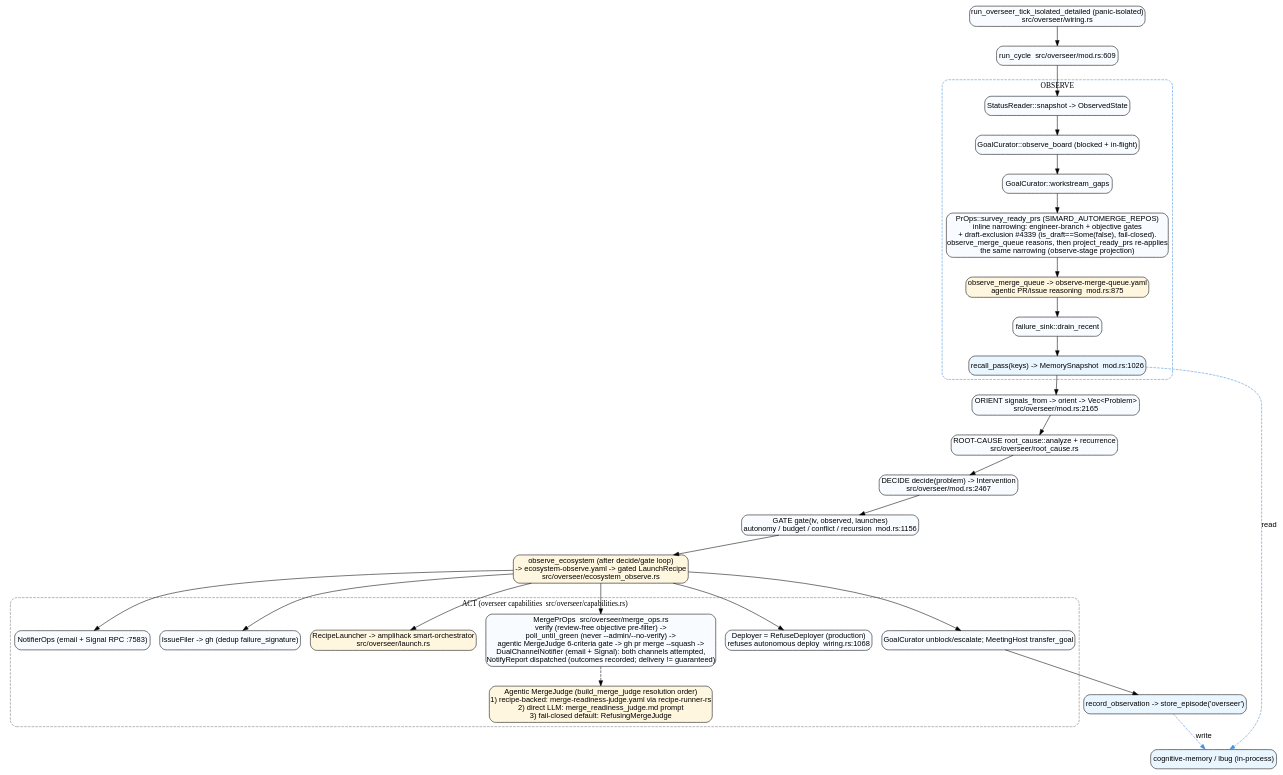
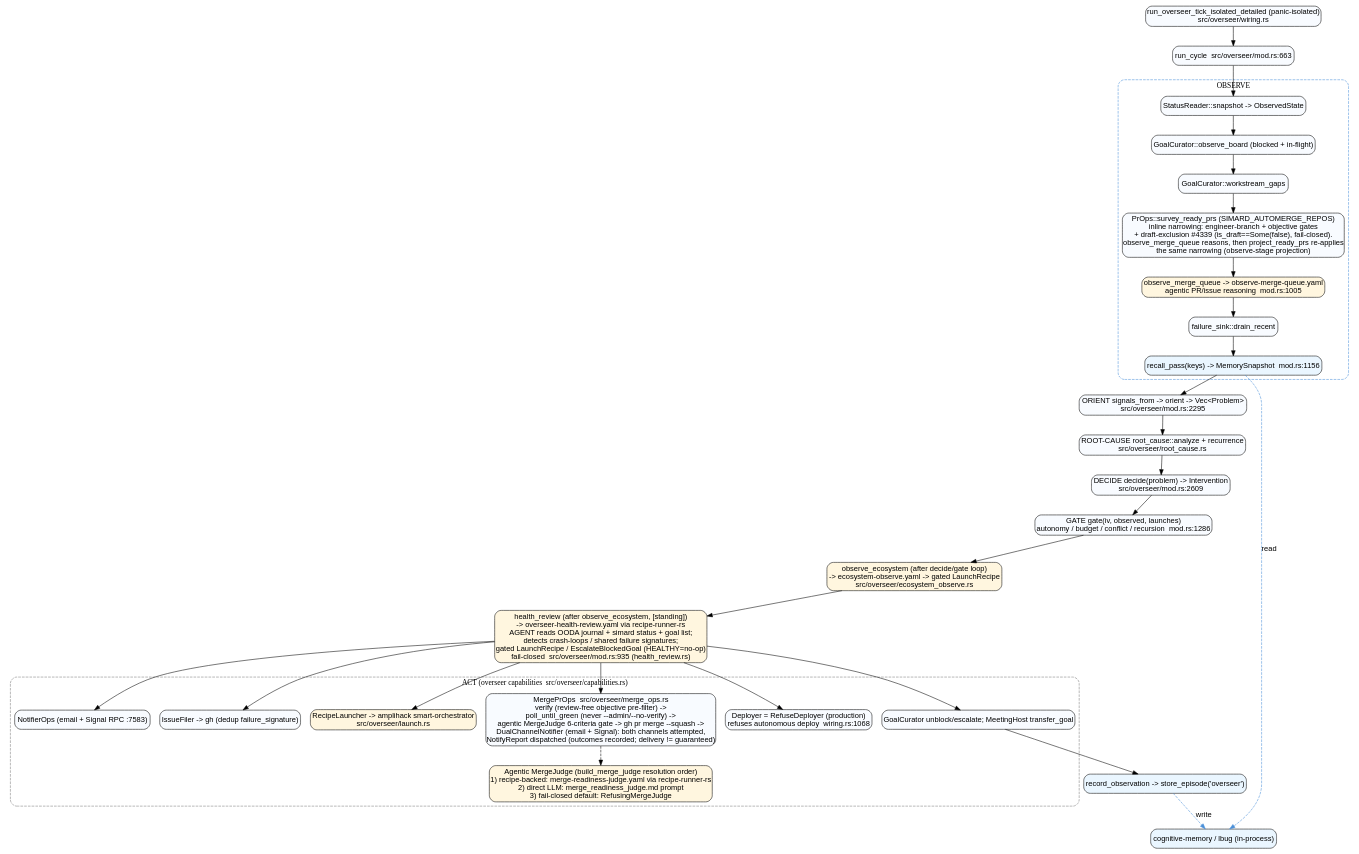
Before and after one commit to rysweet/Simard: the diagram in docs/atlas/agentic-flows/agentic-overseer-tick.dot, drawn with Graphviz. The commit also changed 10 other files, not shown here.

```diff
--- a/docs/atlas/agentic-flows/agentic-overseer-tick.dot
+++ b/docs/atlas/agentic-flows/agentic-overseer-tick.dot
@@ -1,45 +1,46 @@
 digraph AgenticOverseerTick {
   rankdir=TB;
   node [shape=box, style="rounded,filled", fillcolor="#f8fbff", fontname="Arial"];
   edge [fontname="Arial"];
 
   tick  [label="run_overseer_tick_isolated_detailed (panic-isolated)\nsrc/overseer/wiring.rs"];
-  cycle [label="run_cycle  src/overseer/mod.rs:609"];
+  cycle [label="run_cycle  src/overseer/mod.rs:663"];
 
   subgraph cluster_observe {
     label="OBSERVE"; style="rounded,dashed"; color="#4a90d9";
     snap  [label="StatusReader::snapshot -> ObservedState"];
     board [label="GoalCurator::observe_board (blocked + in-flight)"];
     gaps  [label="GoalCurator::workstream_gaps"];
     prs   [label="PrOps::survey_ready_prs (SIMARD_AUTOMERGE_REPOS)\ninline narrowing: engineer-branch + objective gates\n+ draft-exclusion #4339 (is_draft==Some(false), fail-closed).\nobserve_merge_queue reasons, then project_ready_prs re-applies\nthe same narrowing (observe-stage projection)"];
-    mq    [label="observe_merge_queue -> observe-merge-queue.yaml\nagentic PR/issue reasoning  mod.rs:875", fillcolor="#fff6df"];
+    mq    [label="observe_merge_queue -> observe-merge-queue.yaml\nagentic PR/issue reasoning  mod.rs:1005", fillcolor="#fff6df"];
     fails [label="failure_sink::drain_recent"];
-    recall[label="recall_pass(keys) -> MemorySnapshot  mod.rs:1026", fillcolor="#eaf6ff"];
+    recall[label="recall_pass(keys) -> MemorySnapshot  mod.rs:1156", fillcolor="#eaf6ff"];
   }
-  orient[label="ORIENT signals_from -> orient -> Vec<Problem>\nsrc/overseer/mod.rs:2165"];
+  orient[label="ORIENT signals_from -> orient -> Vec<Problem>\nsrc/overseer/mod.rs:2295"];
   why   [label="ROOT-CAUSE root_cause::analyze + recurrence\nsrc/overseer/root_cause.rs"];
-  decide[label="DECIDE decide(problem) -> Intervention\nsrc/overseer/mod.rs:2467"];
-  gate  [label="GATE gate(iv, observed, launches)\nautonomy / budget / conflict / recursion  mod.rs:1156"];
+  decide[label="DECIDE decide(problem) -> Intervention\nsrc/overseer/mod.rs:2609"];
+  gate  [label="GATE gate(iv, observed, launches)\nautonomy / budget / conflict / recursion  mod.rs:1286"];
   eco   [label="observe_ecosystem (after decide/gate loop)\n-> ecosystem-observe.yaml -> gated LaunchRecipe\nsrc/overseer/ecosystem_observe.rs", fillcolor="#fff6df"];
+  health[label="health_review (after observe_ecosystem, [standing])\n-> overseer-health-review.yaml via recipe-runner-rs\nAGENT reads OODA journal + simard status + goal list;\ndetects crash-loops / shared failure signatures;\ngated LaunchRecipe / EscalateBlockedGoal (HEALTHY=no-op)\nfail-closed  src/overseer/mod.rs:935 (health_review.rs)", fillcolor="#fff6df"];
 
   subgraph cluster_act {
     label="ACT (overseer capabilities  src/overseer/capabilities.rs)"; style="rounded,dashed"; color="#7a7a7a";
     notify [label="NotifierOps (email + Signal RPC :7583)"];
     issue  [label="IssueFiler -> gh (dedup failure_signature)"];
     launch [label="RecipeLauncher -> amplihack smart-orchestrator\nsrc/overseer/launch.rs", fillcolor="#fff6df"];
     merge  [label="MergePrOps  src/overseer/merge_ops.rs\nverify (review-free objective pre-filter) ->\npoll_until_green (never --admin/--no-verify) ->\nagentic MergeJudge 6-criteria gate -> gh pr merge --squash ->\nDualChannelNotifier (email + Signal): both channels attempted,\nNotifyReport dispatched (outcomes recorded; delivery != guaranteed)"];
     mjudge [label="Agentic MergeJudge (build_merge_judge resolution order)\n1) recipe-backed: merge-readiness-judge.yaml via recipe-runner-rs\n2) direct LLM: merge_readiness_judge.md prompt\n3) fail-closed default: RefusingMergeJudge", fillcolor="#fff6df"];
     deploy [label="Deployer = RefuseDeployer (production)\nrefuses autonomous deploy  wiring.rs:1068"];
     goalcap[label="GoalCurator unblock/escalate; MeetingHost transfer_goal"];
   }
   writeback[label="record_observation -> store_episode('overseer')", fillcolor="#eaf6ff"];
   store [label="cognitive-memory / lbug (in-process)", fillcolor="#eaf6ff"];
 
   tick -> cycle -> snap -> board -> gaps -> prs -> mq -> fails -> recall;
-  recall -> orient -> why -> decide -> gate -> eco -> notify;
-  eco -> issue; eco -> launch; eco -> merge; eco -> deploy; eco -> goalcap;
+  recall -> orient -> why -> decide -> gate -> eco -> health -> notify;
+  health -> issue; health -> launch; health -> merge; health -> deploy; health -> goalcap;
   merge -> mjudge [style=dashed];
   goalcap -> writeback;
   writeback -> store [label="write", style=dashed, color="#4a90d9"];
   recall -> store [label="read", style=dashed, color="#4a90d9"];
 }
```
